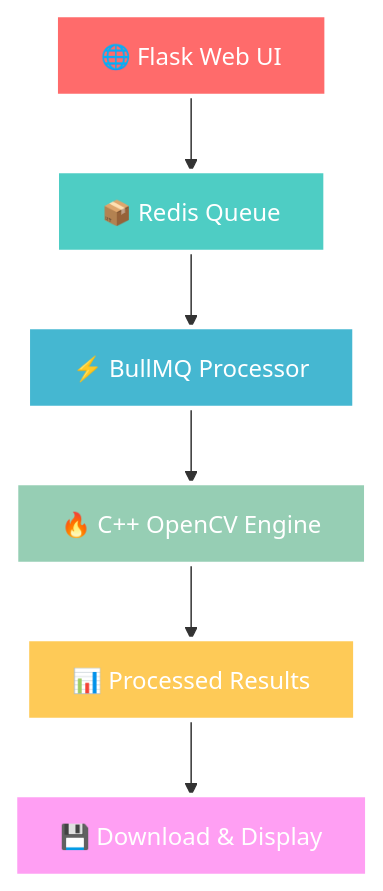
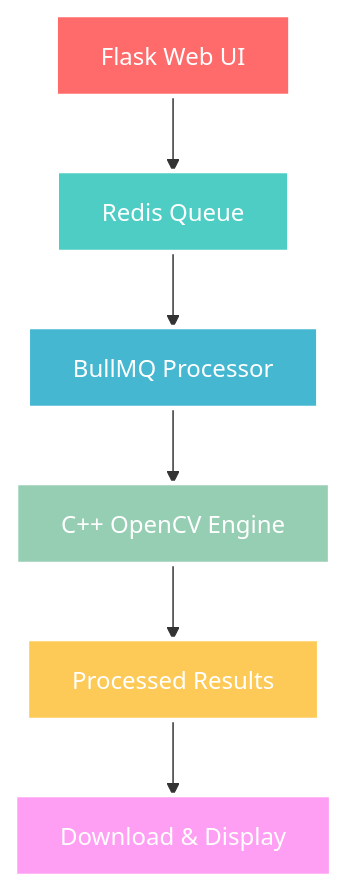
The diagram in README.md (BitGladiator/image-queue-processor), drawn with Mermaid before and after one commit. The commit also changed other lines of this file, not shown here.

````diff
--- a/README.md
+++ b/README.md
@@ -19,15 +19,15 @@
 ```mermaid
 graph TB
-    A[🌐 Flask Web UI] --> B[📦 Redis Queue]
-    B --> C[⚡ BullMQ Processor]
-    C --> D[🔥 C++ OpenCV Engine]
-    D --> E[📊 Processed Results]
-    E --> F[💾 Download & Display]
+    A[ Flask Web UI] --> B[ Redis Queue]
+    B --> C[ BullMQ Processor]
+    C --> D[ C++ OpenCV Engine]
+    D --> E[ Processed Results]
+    E --> F[ Download & Display]
     
     style A fill:#FF6B6B,stroke:#fff,stroke-width:3px,color:#fff
     style B fill:#4ECDC4,stroke:#fff,stroke-width:3px,color:#fff
     style C fill:#45B7D1,stroke:#fff,stroke-width:3px,color:#fff
     style D fill:#96CEB4,stroke:#fff,stroke-width:3px,color:#fff
     style E fill:#FECA57,stroke:#fff,stroke-width:3px,color:#fff
     style F fill:#FF9FF3,stroke:#fff,stroke-width:3px,color:#fff
 ```
````
